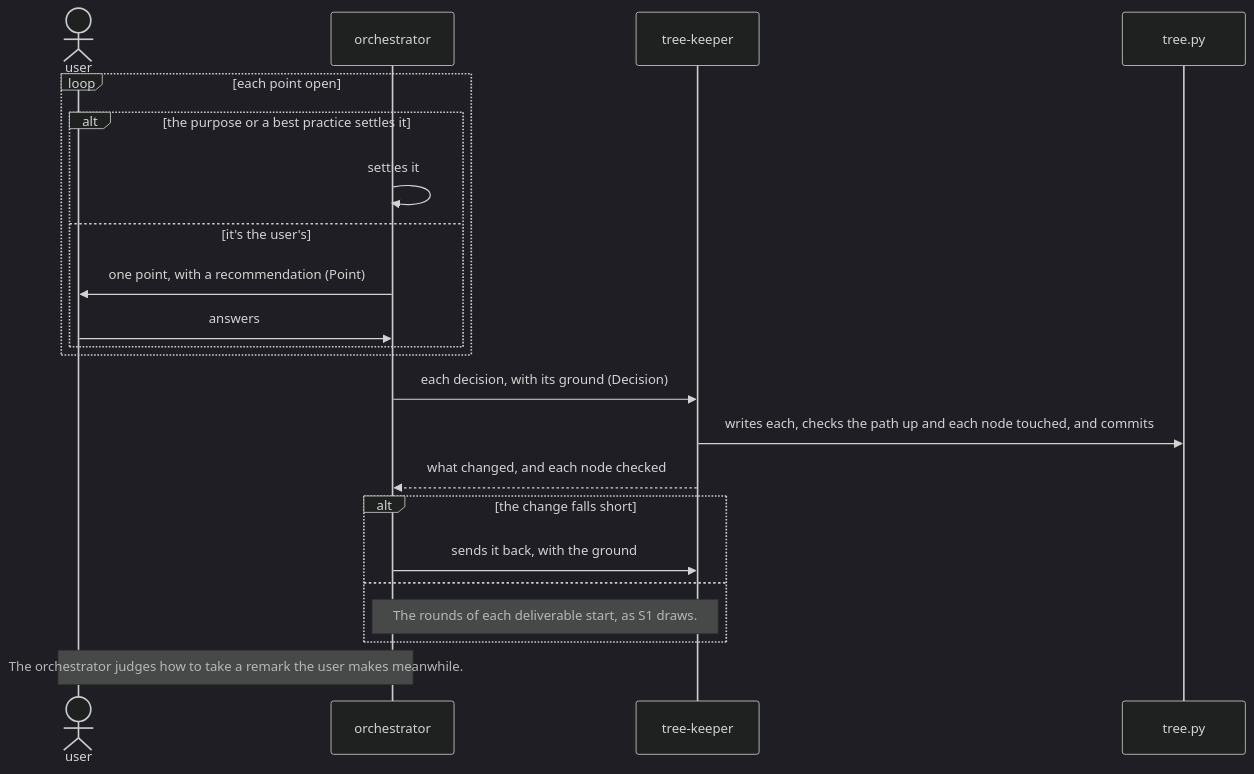
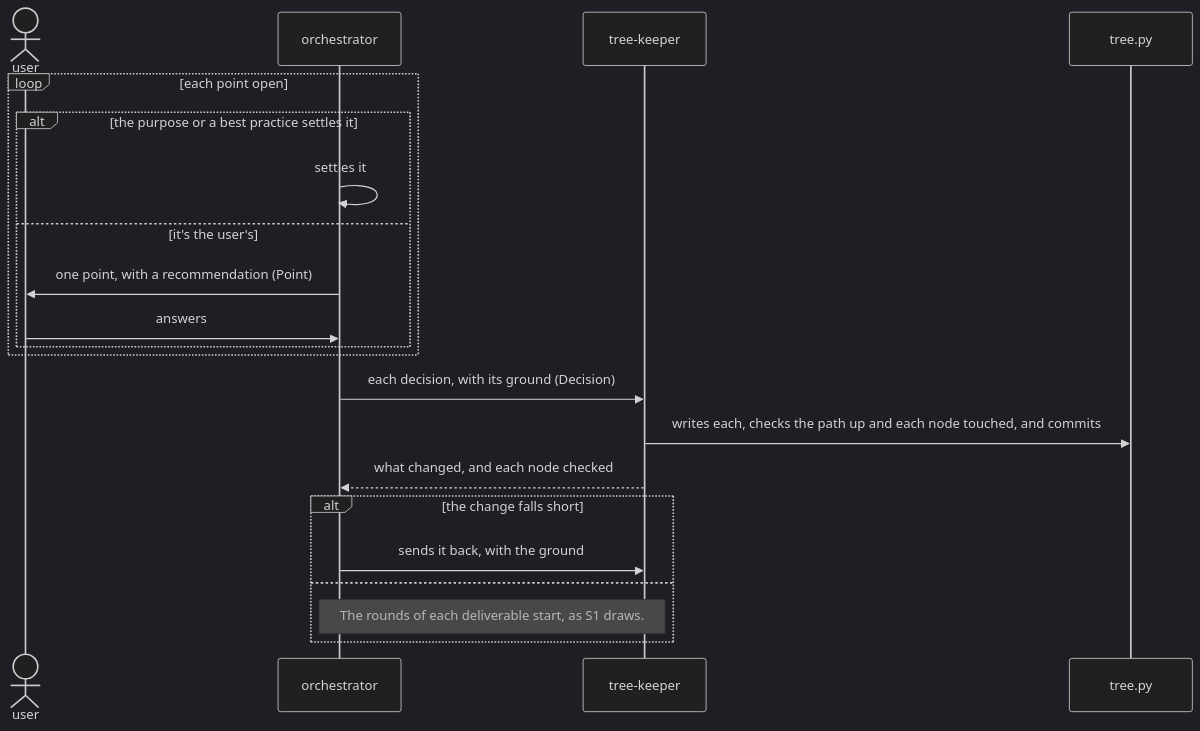
One commit to lovaizu/ccpm changed the second of 6 diagrams in dev/rn/architecture.md. Above: the diagram before and after it, drawn with Mermaid (dark theme). The commit also changed other lines of this file and 3 other files, not shown here.

First line of the commit message:
rn: the orchestrator's line names only the kinds of points it settles from the purpose and the best practices, as it settles every point that isn't the user's. The architecture says nothing of a remark the user makes, which the orchestrator takes as any other point.

````diff
--- a/dev/rn/architecture.md
+++ b/dev/rn/architecture.md
@@ -217,24 +213,23 @@
 ```mermaid
 sequenceDiagram
   actor U as user
   participant O as orchestrator
   participant K as tree-keeper
   participant T as tree.py
   loop each point open
     alt the purpose or a best practice settles it
       O->>O: settles it
     else it's the user's
       O->>U: one point, with a recommendation (Point)
       U->>O: answers
     end
   end
   O->>K: each decision, with its ground (Decision)
   K->>T: writes each, checks the path up and each node touched, and commits
   K-->>O: what changed, and each node checked
   alt the change falls short
     O->>K: sends it back, with the ground
   else
     Note over O,K: The rounds of each deliverable start, as S1 draws.
   end
-  Note over U,O: The orchestrator judges how to take a remark the user makes meanwhile.
 ```
````
